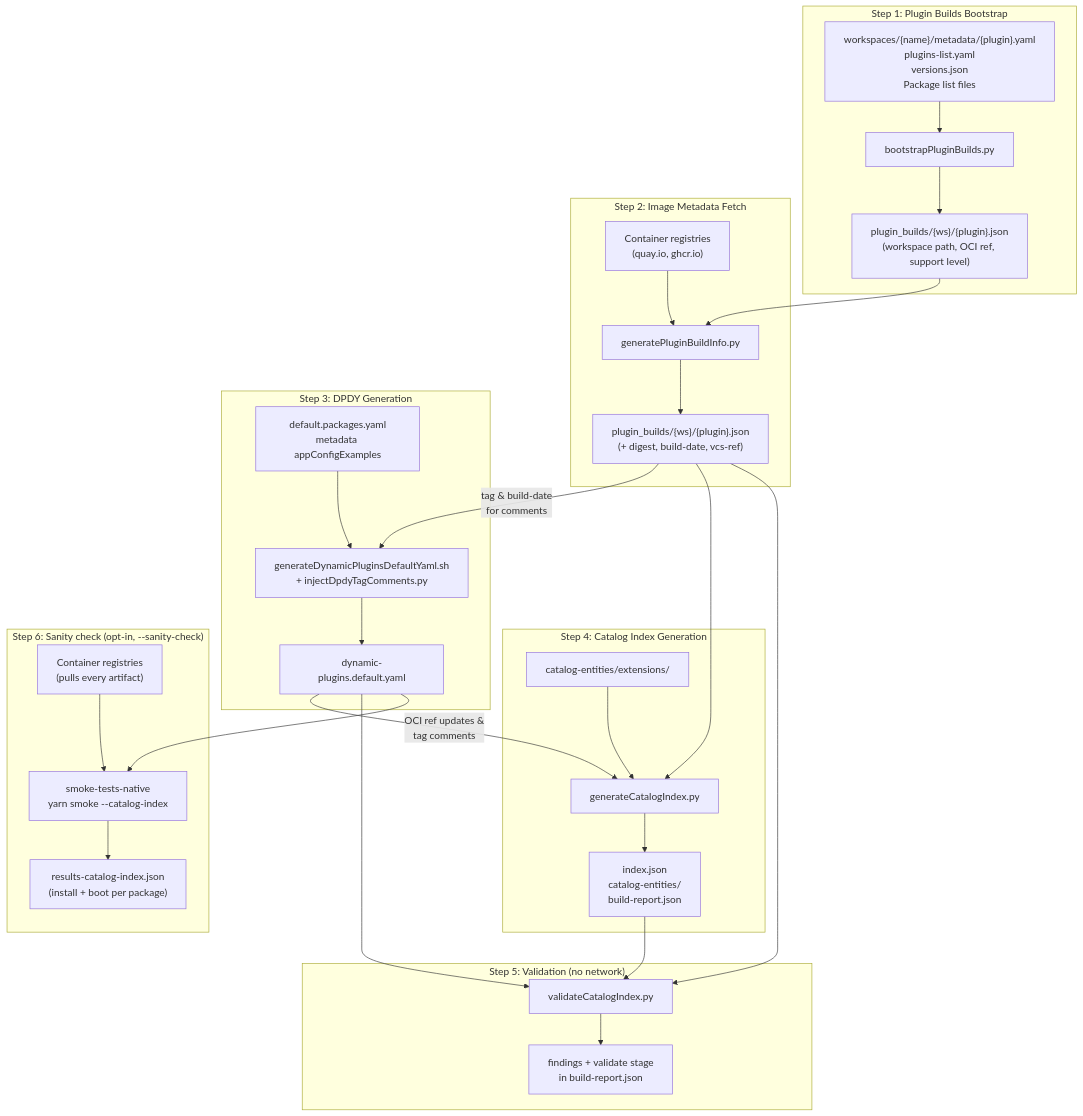
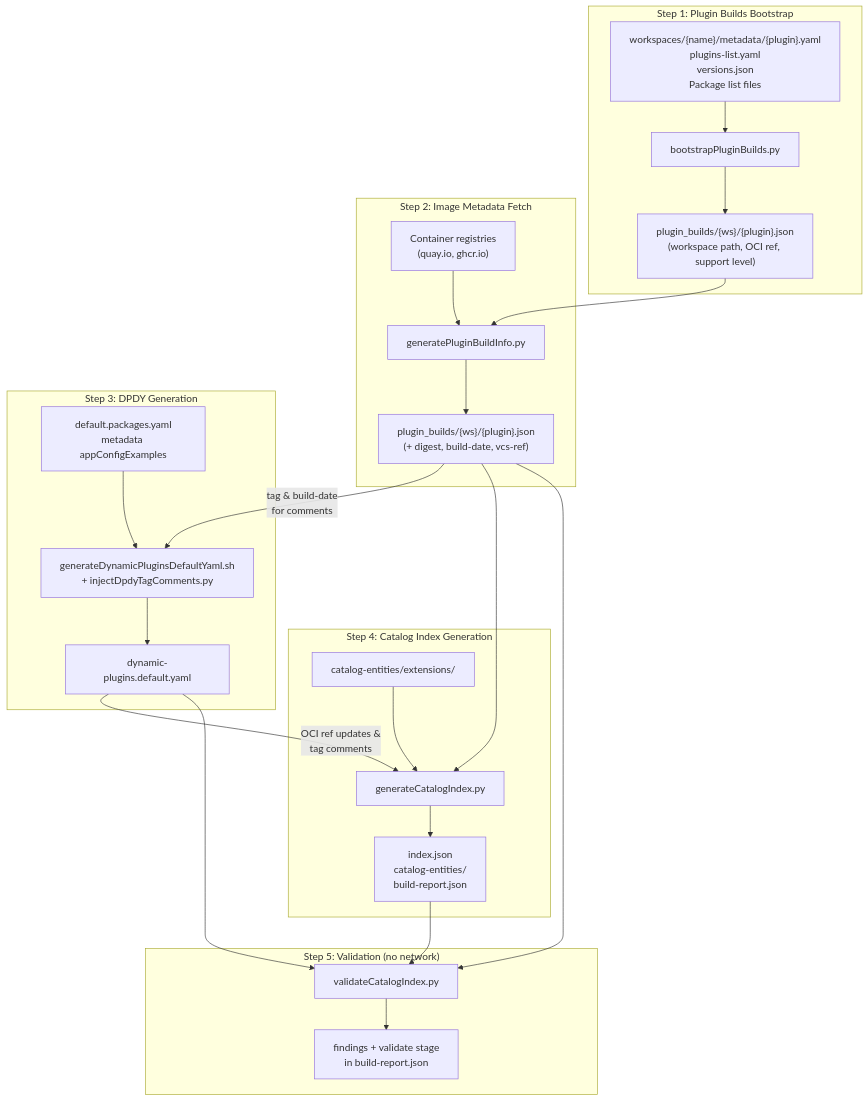
The second of 2 diagrams in user-guide/07-plugin-catalog-index.md (subhashkhileri/rhdh-plugin-export-overlays), drawn with Mermaid before and after one commit. The commit also changed other lines of this file and 4 other files, not shown here.

First line of the commit message:
chore(catalog-index): drop the unused --sanity-check step from update-index.sh (#4380)

````diff
--- a/user-guide/07-plugin-catalog-index.md
+++ b/user-guide/07-plugin-catalog-index.md
@@ -59,52 +59,44 @@
 ```mermaid
 flowchart TB
     subgraph "Step 1: Plugin Builds Bootstrap"
         S1_IN["workspaces/{name}/metadata/{plugin}.yaml<br/>plugins-list.yaml<br/>versions.json<br/>Package list files"]
         S1["bootstrapPluginBuilds.py"]
         S1_OUT["plugin_builds/{ws}/{plugin}.json<br/>(workspace path, OCI ref, support level)"]
         S1_IN --> S1 --> S1_OUT
     end
 
     subgraph "Step 2: Image Metadata Fetch"
         S2["generatePluginBuildInfo.py"]
         S2_OUT["plugin_builds/{ws}/{plugin}.json<br/>(+ digest, build-date, vcs-ref)"]
         S1_OUT --> S2
         REG["Container registries<br/>(quay.io, ghcr.io)"] --> S2
         S2 --> S2_OUT
     end
 
     subgraph "Step 3: DPDY Generation"
         S3_IN["default.packages.yaml<br/>metadata appConfigExamples"]
         S3["generateDynamicPluginsDefaultYaml.sh<br/>+ injectDpdyTagComments.py"]
         S3_OUT["dynamic-plugins.default.yaml"]
         S3_IN --> S3
         S2_OUT -- "tag & build-date<br/>for comments" --> S3
         S3 --> S3_OUT
     end
 
     subgraph "Step 4: Catalog Index Generation"
         S4["generateCatalogIndex.py"]
         S4_OUT["index.json<br/>catalog-entities/<br/>build-report.json"]
         S2_OUT --> S4
         S3_OUT -- "OCI ref updates &<br/>tag comments" --> S4
         CATS2["catalog-entities/extensions/"] --> S4
         S4 --> S4_OUT
     end
 
     subgraph "Step 5: Validation (no network)"
         S5["validateCatalogIndex.py"]
         S5_OUT["findings + validate stage<br/>in build-report.json"]
         S4_OUT --> S5
         S3_OUT --> S5
         S2_OUT --> S5
         S5 --> S5_OUT
     end
-
-    subgraph "Step 6: Sanity check (opt-in, --sanity-check)"
-        S6["smoke-tests-native<br/>yarn smoke --catalog-index"]
-        S6_OUT["results-catalog-index.json<br/>(install + boot per package)"]
-        S3_OUT --> S6
-        REG2["Container registries<br/>(pulls every artifact)"] --> S6
-        S6 --> S6_OUT
-    end
 ```
````
